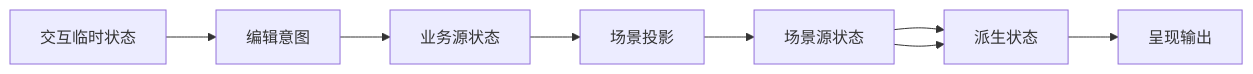
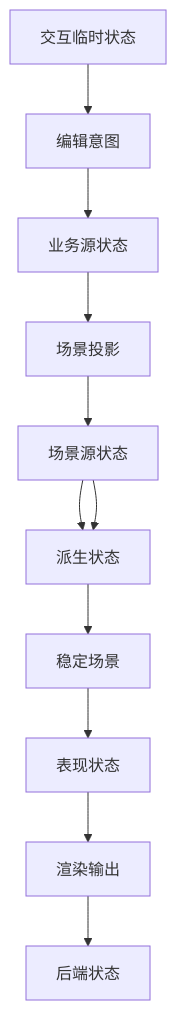
Before and after one commit to yezhang/novadraw: the second of 4 diagrams in engine/wasm_rust/novadraw/book/internals/src/01-graphical-framework.md, drawn with Mermaid. The commit also changed other lines of this file and 19 other files, not shown here.

````diff
--- a/engine/wasm_rust/novadraw/book/internals/src/01-graphical-framework.md
+++ b/engine/wasm_rust/novadraw/book/internals/src/01-graphical-framework.md
@@ -184,10 +207,13 @@
 ```mermaid
-flowchart LR
+flowchart TD
     Business[业务源状态] --> Projection[场景投影]
     Scene[场景源状态] --> Derived[派生状态]
     Projection --> Scene
     Session[交互临时状态] --> Intent[编辑意图]
     Intent --> Business
-    Derived --> Presentation[呈现输出]
     Scene --> Derived
+    Derived --> Stable[稳定场景]
+    Stable --> Presentation[表现状态]
+    Presentation --> Output[渲染输出]
+    Output --> Backend[后端状态]
 ```
````
